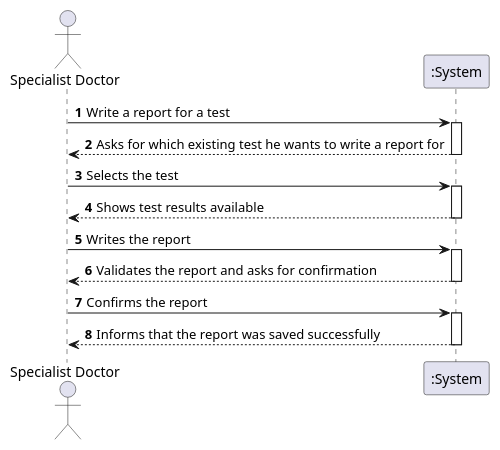
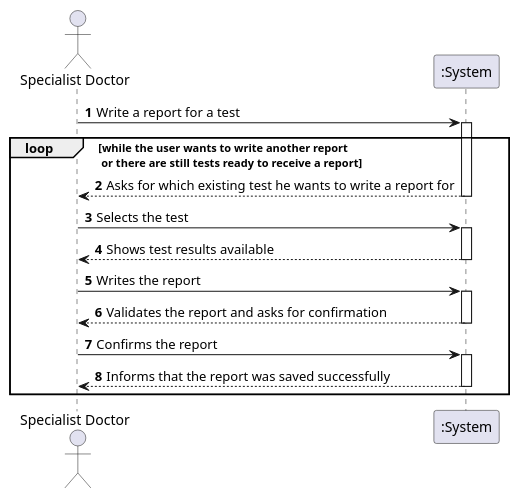
Before and after one commit to GuilhermeCunha79/lapr2: the diagram in docs/SprintC/US14/US14_SSD.puml, drawn with PlantUML. The commit also changed 7 other files, not shown here.

Commit message:
[US14] Small update to the SD and SSD diagrams

```diff
--- a/docs/SprintC/US14/US14_SSD.puml
+++ b/docs/SprintC/US14/US14_SSD.puml
@@ -1,27 +1,29 @@
 @startuml
 autonumber
 
 actor "Specialist Doctor" as SD
 
 participant ":System" as SYSTEM
 
 SD -> SYSTEM : Write a report for a test
 activate SYSTEM
+loop while the user wants to write another report\n or there are still tests ready to receive a report
 SYSTEM --> SD : Asks for which existing test he wants to write a report for
 deactivate SYSTEM
 
 SD -> SYSTEM : Selects the test
 activate SYSTEM
 SYSTEM --> SD : Shows test results available
 deactivate SYSTEM
 
 SD -> SYSTEM : Writes the report
 activate SYSTEM
 SYSTEM --> SD : Validates the report and asks for confirmation
 deactivate SYSTEM
 
 SD -> SYSTEM : Confirms the report
 activate SYSTEM
 SYSTEM --> SD : Informs that the report was saved successfully
 deactivate SYSTEM
+end loop
 @enduml
```
